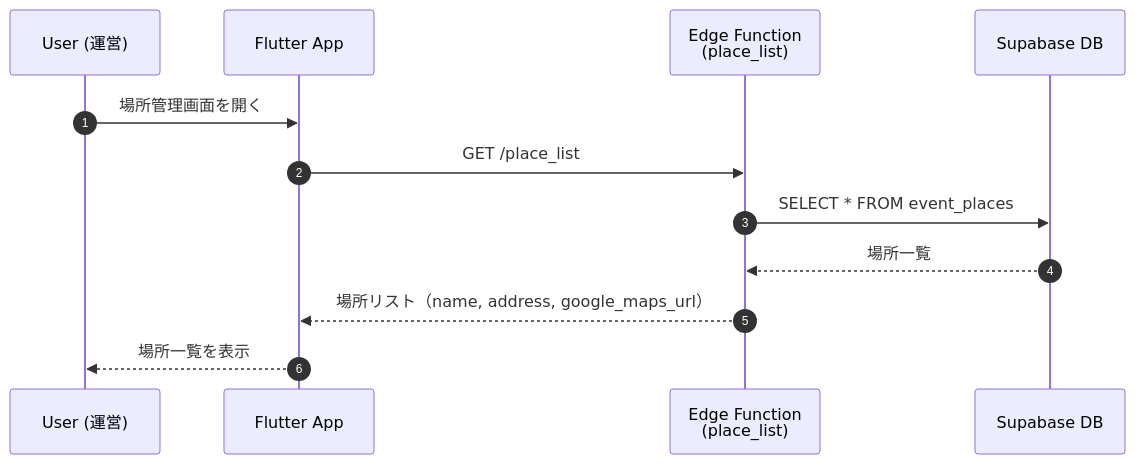
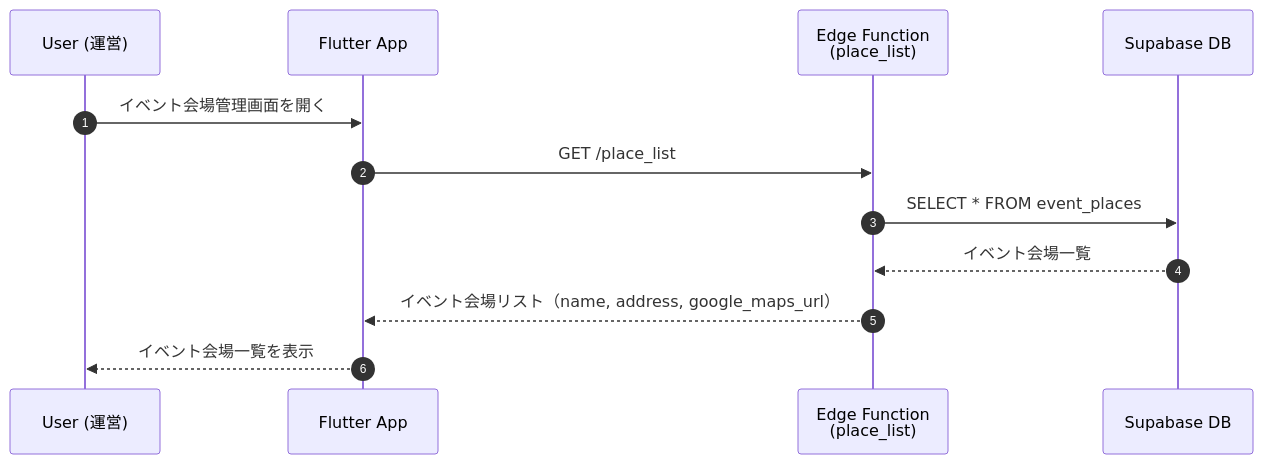
One commit to kerokerotur/banars-app changed the first of 4 diagrams in docs/DESIGN_DOCS/events/place_registration.md. Above: the diagram before and after it, drawn with Mermaid. The commit also changed other lines of this file and 27 other files, not shown here.

````diff
--- a/docs/DESIGN_DOCS/events/place_registration.md
+++ b/docs/DESIGN_DOCS/events/place_registration.md
@@ -11,15 +11,15 @@
 ```mermaid
 sequenceDiagram
     autonumber
     participant User as User (運営)
     participant App as Flutter App
     participant Edge as Edge Function<br>(place_list)
     participant DB as Supabase DB
 
-    User->>App: 場所管理画面を開く
+    User->>App: イベント会場管理画面を開く
     App->>Edge: GET /place_list
     Edge->>DB: SELECT * FROM event_places
-    DB-->>Edge: 場所一覧
-    Edge-->>App: 場所リスト（name, address, google_maps_url）
-    App-->>User: 場所一覧を表示
+    DB-->>Edge: イベント会場一覧
+    Edge-->>App: イベント会場リスト（name, address, google_maps_url）
+    App-->>User: イベント会場一覧を表示
 ```
````
